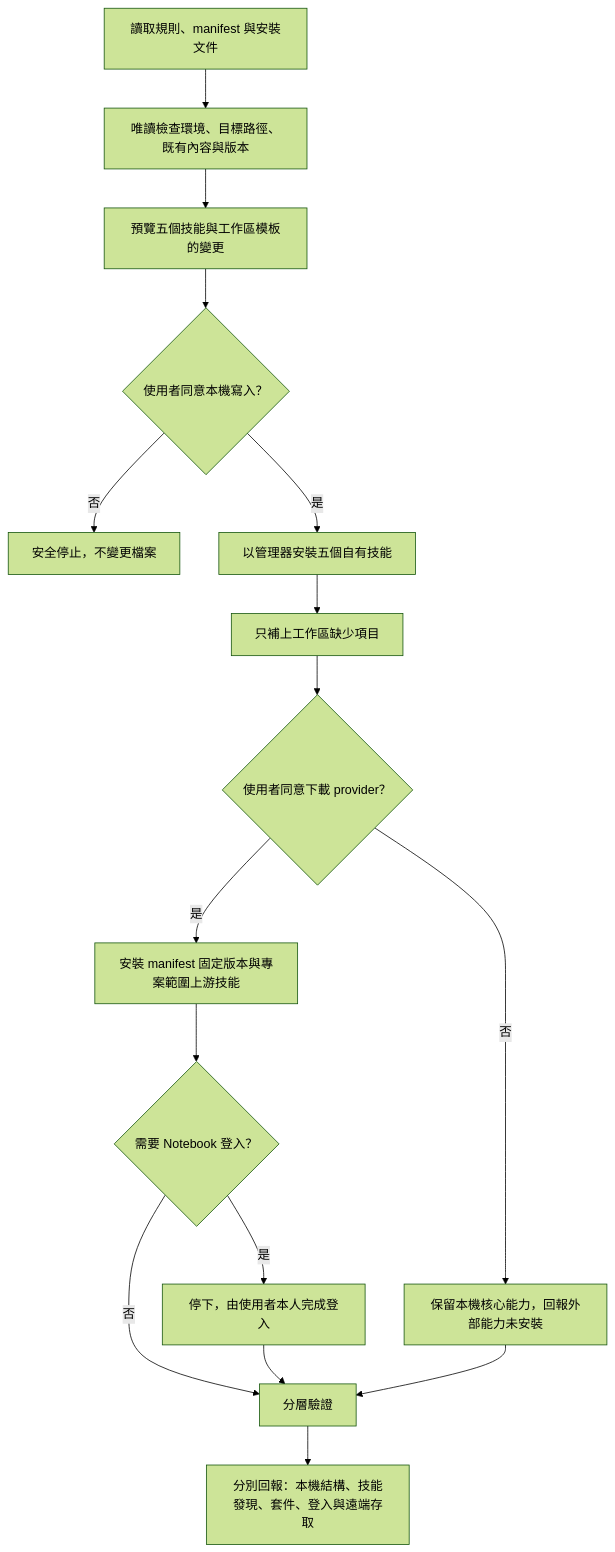
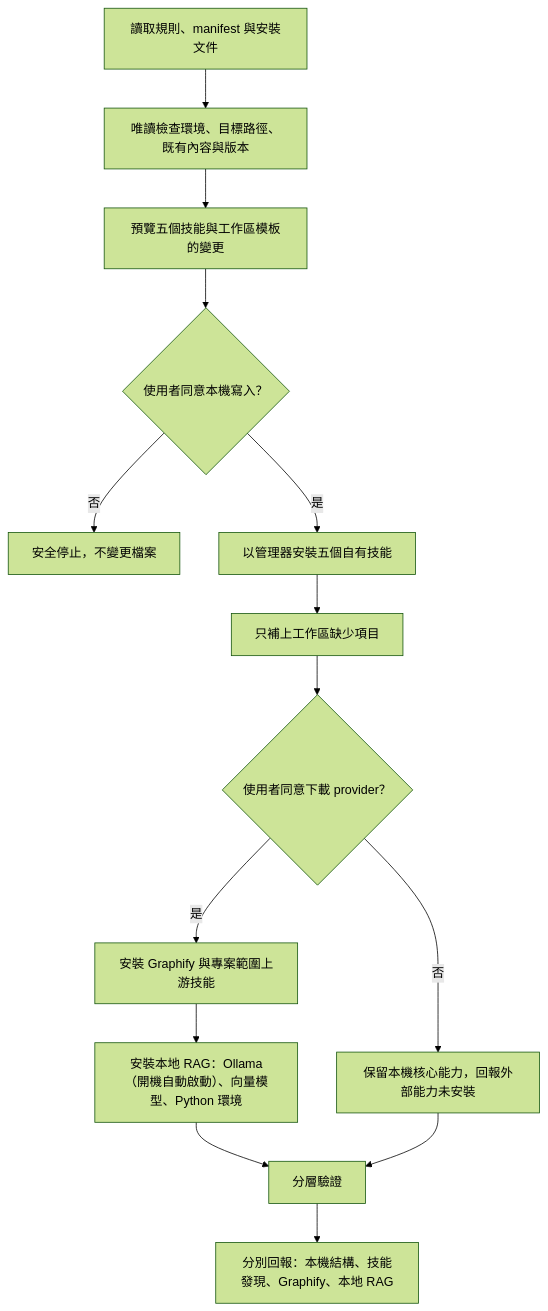
The diagram in skill-packs/ai-knowledge-base/INSTALL.md (iamraven-tw/raven-ai-workflow-toolbox), drawn with Mermaid (forest theme) before and after one commit. The commit also changed other lines of this file and 62 other files, not shown here.

````diff
--- a/skill-packs/ai-knowledge-base/INSTALL.md
+++ b/skill-packs/ai-knowledge-base/INSTALL.md
@@ -9,18 +9,16 @@
 ```mermaid
 flowchart TD
     A["讀取規則、manifest 與安裝文件"] --> B["唯讀檢查環境、目標路徑、既有內容與版本"]
     B --> C["預覽五個技能與工作區模板的變更"]
     C --> D{"使用者同意本機寫入？"}
     D -- "否" --> E["安全停止，不變更檔案"]
     D -- "是" --> F["以管理器安裝五個自有技能"]
     F --> G["只補上工作區缺少項目"]
     G --> H{"使用者同意下載 provider？"}
     H -- "否" --> I["保留本機核心能力，回報外部能力未安裝"]
-    H -- "是" --> J["安裝 manifest 固定版本與專案範圍上游技能"]
-    J --> K{"需要 Notebook 登入？"}
-    K -- "是" --> L["停下，由使用者本人完成登入"]
-    K -- "否" --> M["分層驗證"]
-    L --> M
+    H -- "是" --> J["安裝 Graphify 與專案範圍上游技能"]
+    J --> K["安裝本地 RAG：Ollama（開機自動啟動）、向量模型、Python 環境"]
+    K --> M["分層驗證"]
     I --> M
-    M --> N["分別回報：本機結構、技能發現、套件、登入與遠端存取"]
+    M --> N["分別回報：本機結構、技能發現、Graphify、本地 RAG"]
 ```
````
